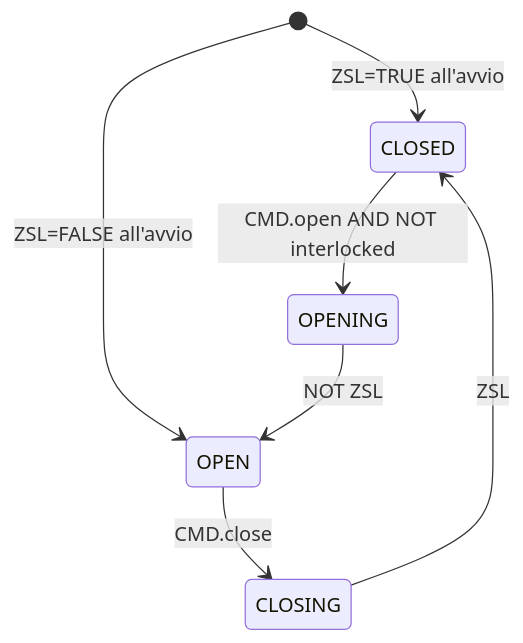
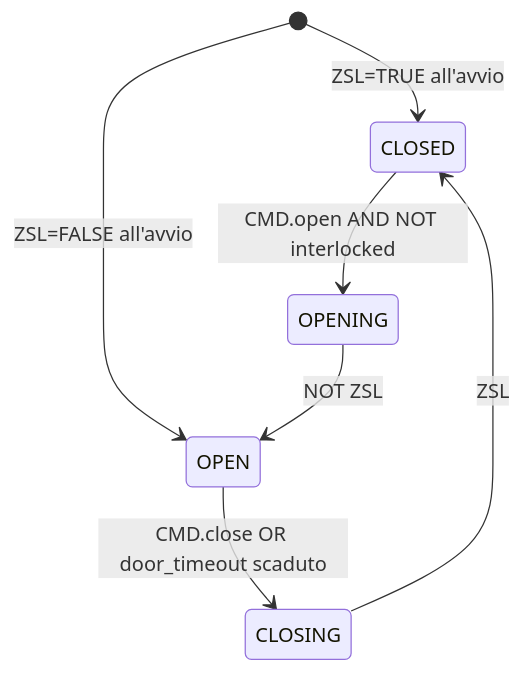
The second of 2 diagrams in docs/library/gate/index.it.md (AleFire99/TIA_knowledge), drawn with Mermaid before and after one commit. The commit also changed other lines of this file and 95 other files, not shown here.

````diff
--- a/docs/library/gate/index.it.md
+++ b/docs/library/gate/index.it.md
@@ -95,10 +101,10 @@
 ```mermaid
 stateDiagram-v2
     [*] --> CLOSED : ZSL=TRUE all'avvio
     [*] --> OPEN : ZSL=FALSE all'avvio
 
     CLOSED --> OPENING : CMD.open AND NOT interlocked
     OPENING --> OPEN : NOT ZSL
-    OPEN --> CLOSING : CMD.close
+    OPEN --> CLOSING : CMD.close OR door_timeout scaduto
     CLOSING --> CLOSED : ZSL
 ```
````
